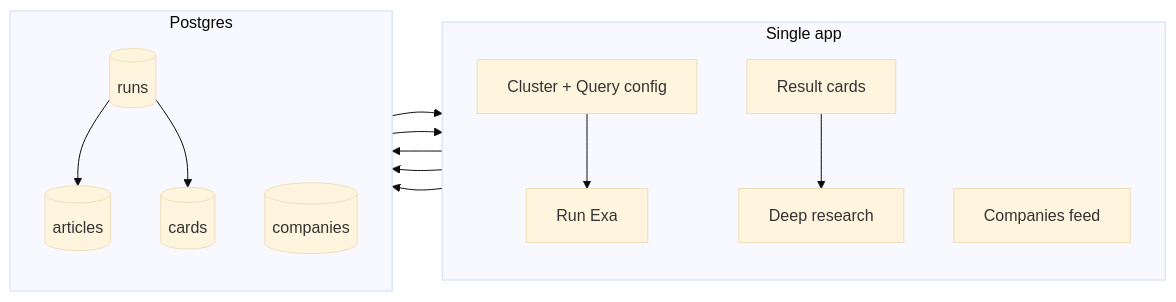
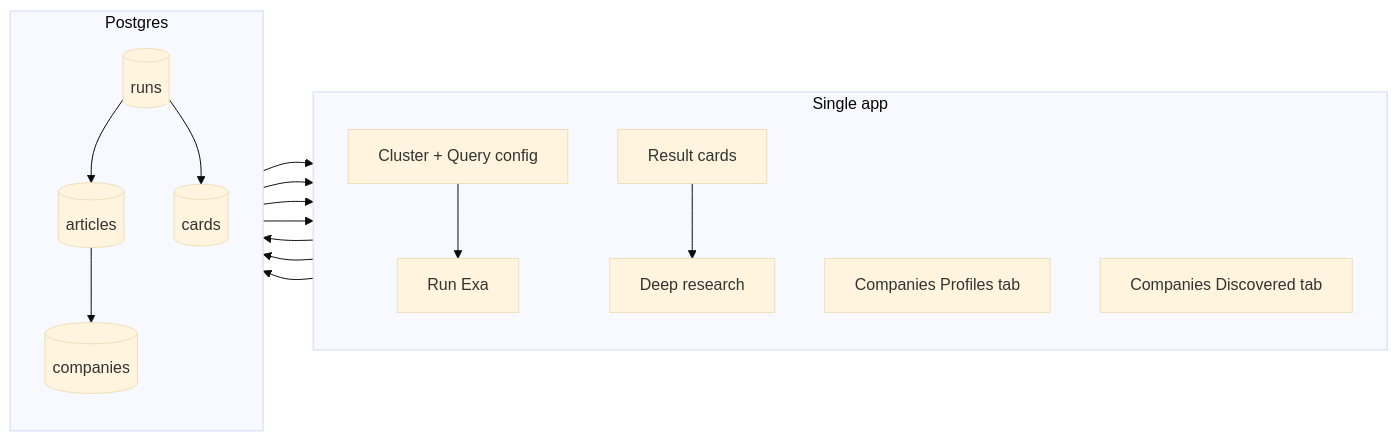
One commit to Growth-Maschine/NORAD-INTEL-ENGINE-V1 changed the tenth of 10 diagrams in docs/phase-1/P1-04-admin.md. Above: the diagram before and after it, drawn with Mermaid (base theme). The commit also changed other lines of this file and 8 other files, not shown here.

````diff
--- a/docs/phase-1/P1-04-admin.md
+++ b/docs/phase-1/P1-04-admin.md
@@ -1135,27 +1160,31 @@
 ```mermaid
 flowchart LR
     subgraph App["Single app"]
         direction TB
         A1[Cluster + Query config]
         A2[Run Exa]
         A3[Result cards]
         A4[Deep research]
-        B1[Companies feed]
+        B1[Companies Profiles tab]
+        B2[Companies Discovered tab]
     end
 
     subgraph DB["Postgres"]
         direction TB
         R[(runs)]
         ART[(articles)]
         C[(companies)]
         K[(cards)]
     end
 
     A1 --> A2 --> R
     R --> ART
+    ART --> C
     ART --> A3
     A3 --> A4 --> R
     A4 --> C
     R --> K
     K --> B1
+    C --> B2
+    C --> B1
 ```
````
